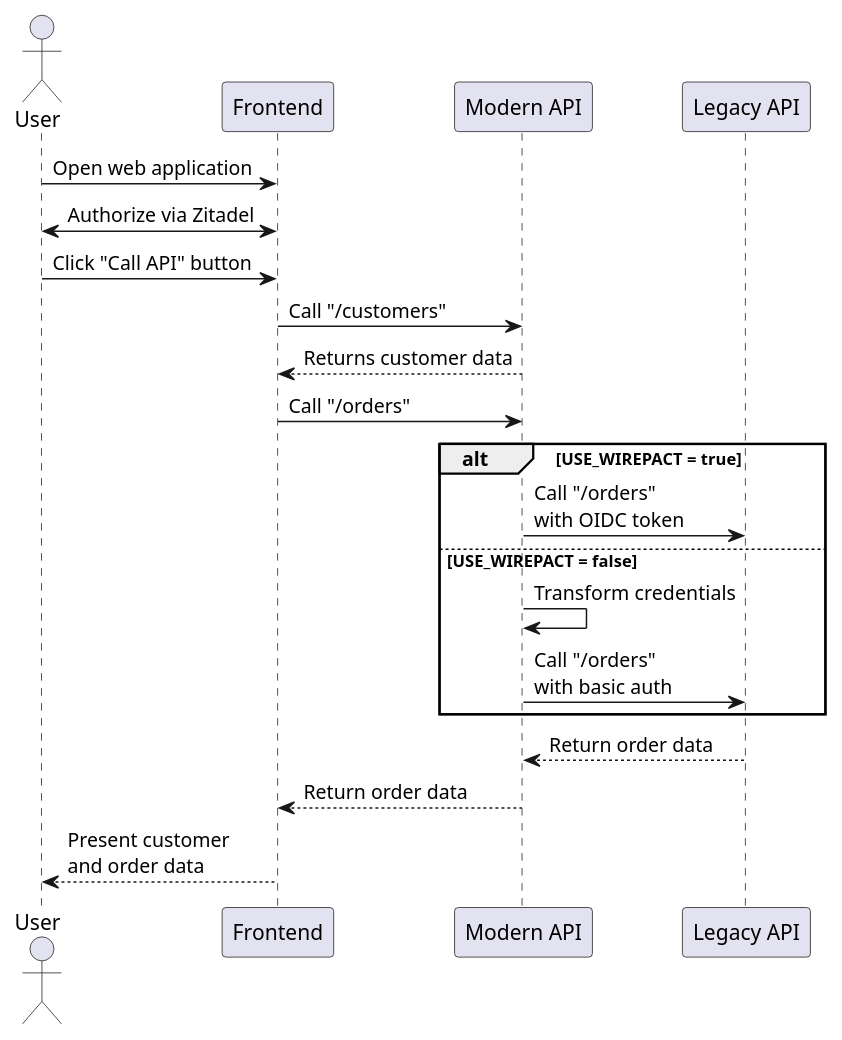
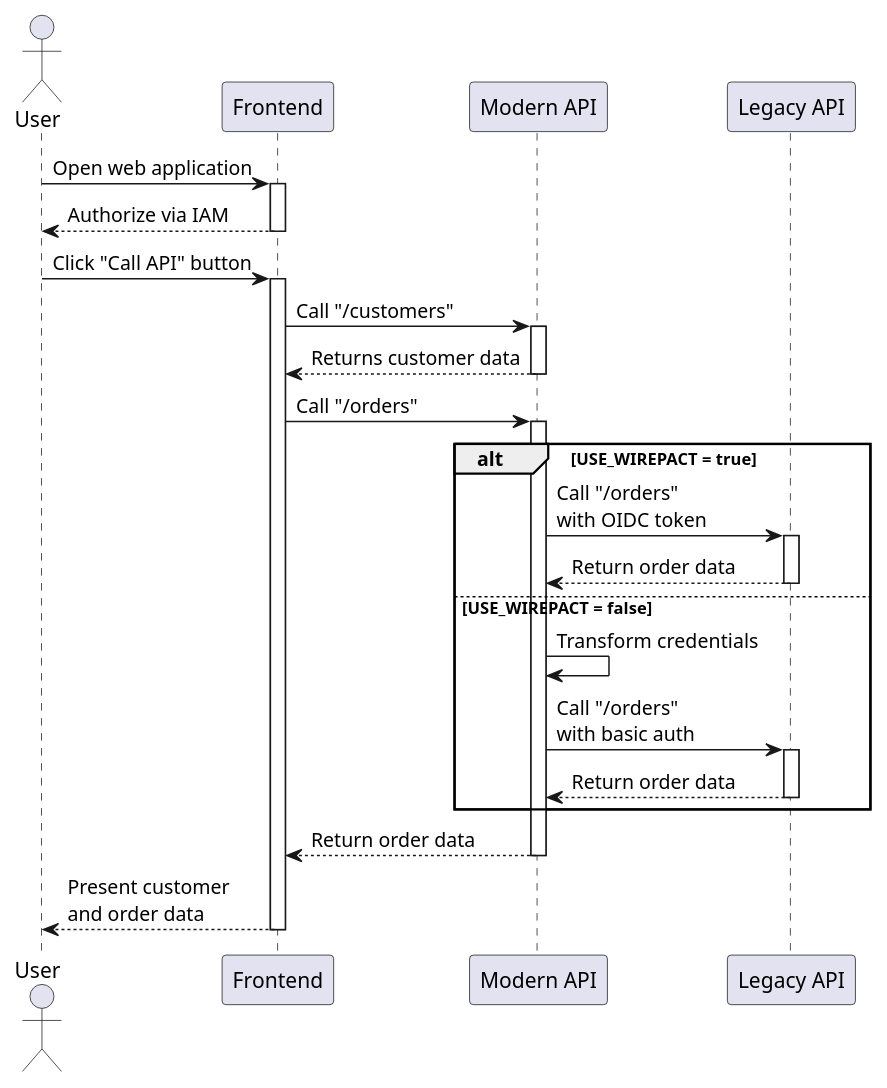
The diagram in diagrams/sequences/showcase-app-calls.puml (buehler/mse-project-thesis-1), drawn with PlantUML before and after one commit. The commit also changed 8 other files, not shown here.

```diff
--- a/diagrams/sequences/showcase-app-calls.puml
+++ b/diagrams/sequences/showcase-app-calls.puml
@@ -1,26 +1,35 @@
 @startuml
 
 actor User as u
 participant Frontend as fe
 participant "Modern API" as m
 participant "Legacy API" as l
 
 u -> fe : Open web application
-u <-> fe : Authorize via Zitadel
+activate fe
+return Authorize via IAM
+
 u -> fe : Click "Call API" button
-fe -> m : Call "/customers"
-m --> fe : Returns customer data
-fe -> m : Call "/orders"
+activate fe
+    fe -> m : Call "/customers"
+    activate m
+    return Returns customer data
+    
+    fe -> m : Call "/orders"
+    activate m
 
-alt USE_WIREPACT = true
-    m -> l : Call "/orders"\nwith OIDC token
-else USE_WIREPACT = false
-    m -> m : Transform credentials
-    m -> l : Call "/orders"\nwith basic auth
-end
+    alt USE_WIREPACT = true
+        m -> l : Call "/orders"\nwith OIDC token
+        activate l
+        return Return order data
+    else USE_WIREPACT = false
+        m -> m : Transform credentials
+        m -> l : Call "/orders"\nwith basic auth
+        activate l
+        return Return order data
+    end
 
-l --> m : Return order data
-m --> fe : Return order data
-fe --> u : Present customer\nand order data
+    return Return order data
+return Present customer\nand order data
 
 @enduml
```
